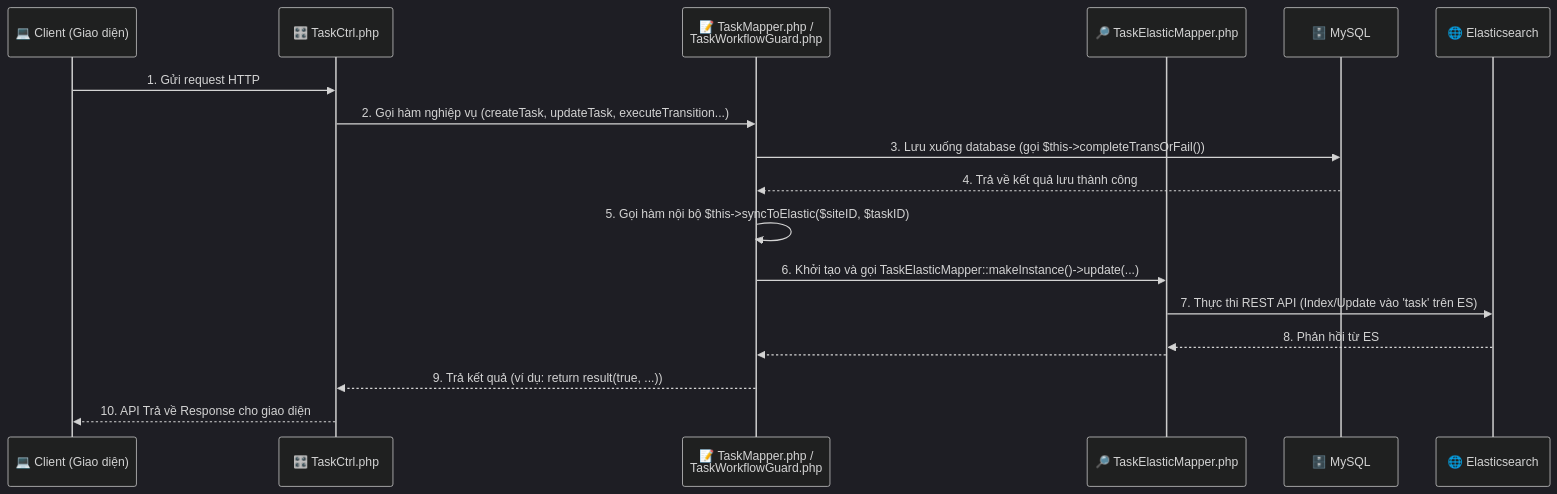
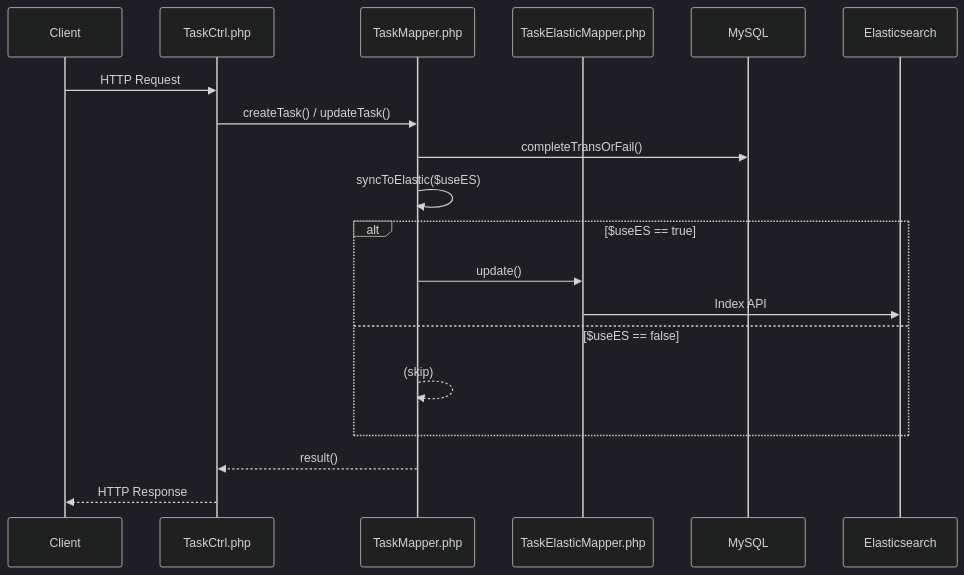
Before and after one commit to LucBacDev/framework-php-base: the diagram in docs/Bao_cao_Elasticsearch_Task.md, drawn with Mermaid (dark theme). The commit also changed other lines of this file and 3 other files, not shown here.

Commit message:
Update task elasticsearch

````diff
--- a/docs/Bao_cao_Elasticsearch_Task.md
+++ b/docs/Bao_cao_Elasticsearch_Task.md
@@ -125,21 +163,25 @@
 ```mermaid
 sequenceDiagram
-    participant UI as 💻 Client (Giao diện)
-    participant Ctrl as 🎛️ TaskCtrl.php
-    participant Mapper as 📝 TaskMapper.php /<br>TaskWorkflowGuard.php
-    participant Elastic as 🔎 TaskElasticMapper.php
-    participant DB as 🗄️ MySQL
-    participant ES as 🌐 Elasticsearch
+    participant UI as Client
+    participant Ctrl as TaskCtrl.php
+    participant Mapper as TaskMapper.php
+    participant Elastic as TaskElasticMapper.php
+    participant DB as MySQL
+    participant ES as Elasticsearch
 
-    UI->>Ctrl: 1. Gửi request HTTP
-    Ctrl->>Mapper: 2. Gọi hàm nghiệp vụ (createTask, updateTask, executeTransition...)
-    Mapper->>DB: 3. Lưu xuống database (gọi $this->completeTransOrFail())
-    DB-->>Mapper: 4. Trả về kết quả lưu thành công
-    Mapper->>Mapper: 5. Gọi hàm nội bộ $this->syncToElastic($siteID, $taskID)
-    Mapper->>Elastic: 6. Khởi tạo và gọi TaskElasticMapper::makeInstance()->update(...)
-    Elastic->>ES: 7. Thực thi REST API (Index/Update vào 'task' trên ES)
-    ES-->>Elastic: 8. Phản hồi từ ES
-    Elastic-->>Mapper: 
-    Mapper-->>Ctrl: 9. Trả kết quả (ví dụ: return result(true, ...))
-    Ctrl-->>UI: 10. API Trả về Response cho giao diện
+    UI->>Ctrl: HTTP Request
+    Ctrl->>Mapper: createTask() / updateTask()
+    Mapper->>DB: completeTransOrFail()
+    
+    Mapper->>Mapper: syncToElastic($useES)
+    
+    alt $useES == true
+        Mapper->>Elastic: update()
+        Elastic->>ES: Index API
+    else $useES == false
+        Mapper-->>Mapper: (skip)
+    end
+
+    Mapper-->>Ctrl: result()
+    Ctrl-->>UI: HTTP Response
 ```
````
